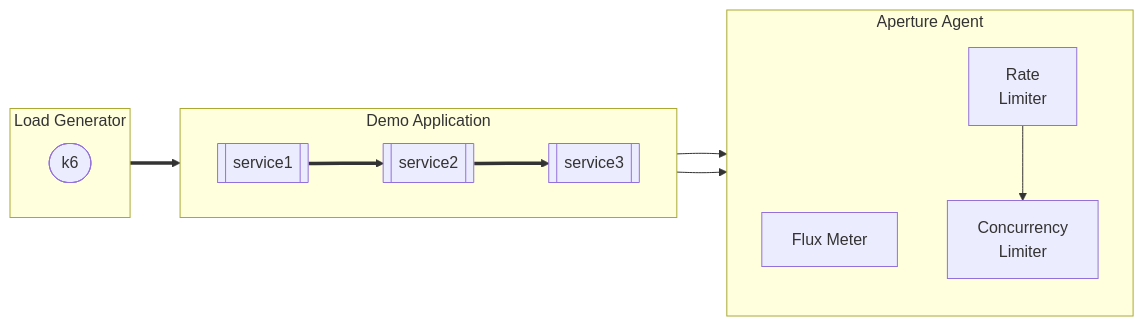
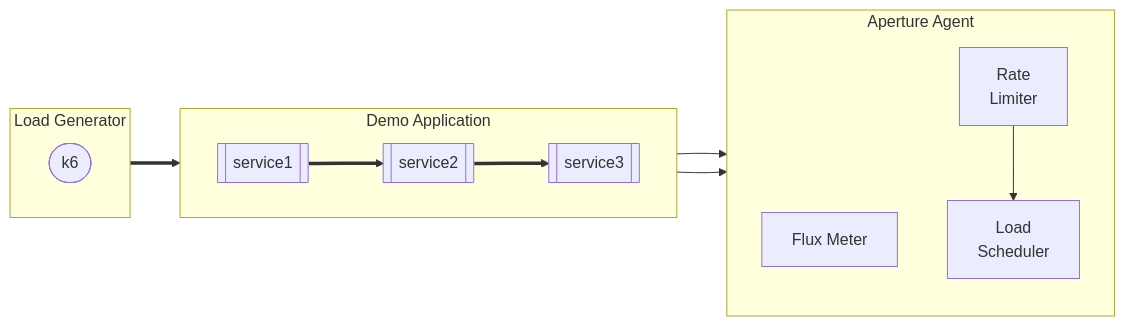
Before and after one commit to dataongunlaws/aperture: the diagram in docs/content/get-started/assets/playground/playground-app.mmd, drawn with Mermaid. The commit also changed 7 other files, not shown here.

```diff
--- a/docs/content/get-started/assets/playground/playground-app.mmd
+++ b/docs/content/get-started/assets/playground/playground-app.mmd
@@ -1,21 +1,21 @@
 flowchart LR
   subgraph loadgen [Load Generator]
     direction LR
     k6([k6])
   end
   subgraph demoapp [Demo Application]
     direction LR
     s1[[service1]]
     s2[[service2]]
     s3[[service3]]
     s1 ==> s2 ==> s3
   end
   subgraph agent [Aperture Agent]
     direction TB
     f1[Flux Meter]
     r1[Rate</br>Limiter]
-    c1[Concurrency</br>Limiter]
+    c1[Load</br>Scheduler]
   end
   k6 ==> s1
   s3 --> f1
   s1 --> r1 --> c1
```
